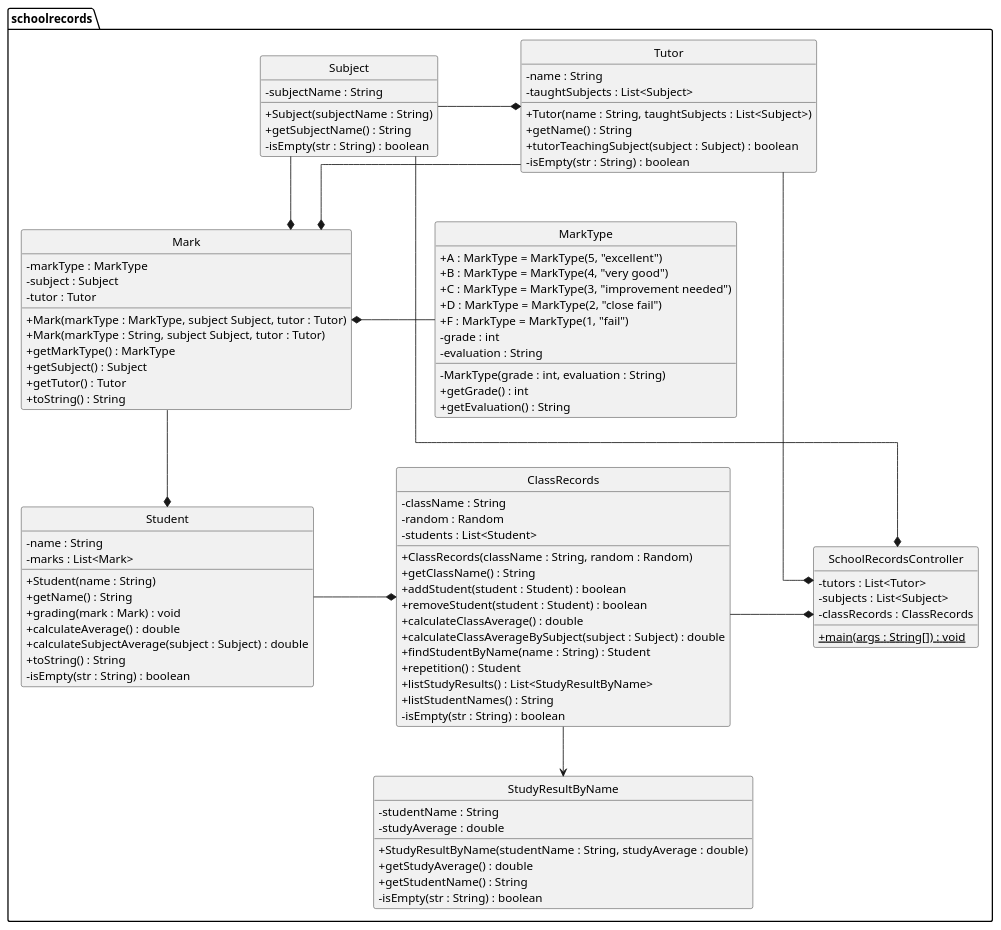
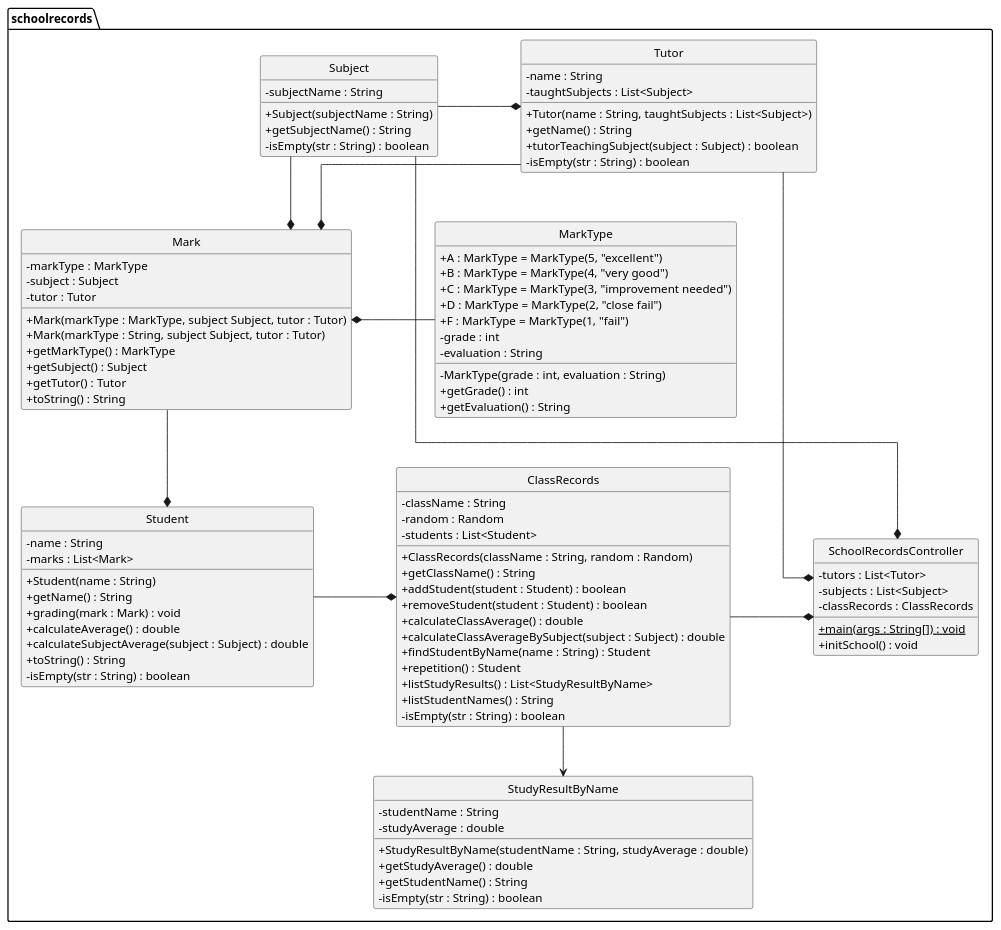
Before and after one commit to gbeatrix/java-sv2-labs: the diagram in projects/schoolrecords/schoolrecords-class-diagram.puml, drawn with PlantUML. The commit also changed 1 other file, not shown here.

Commit message:
schoolrecords project - SchoolRecordsController

```diff
--- a/projects/schoolrecords/schoolrecords-class-diagram.puml
+++ b/projects/schoolrecords/schoolrecords-class-diagram.puml
@@ -1,112 +1,113 @@
 @startuml
 'https://plantuml.com/class-diagram
 
 hide circle
 skinparam classAttributeIconSize 0
 skinparam LineType ortho
 skinparam Nodesep 100
 skinparam shadowing false
 
 package schoolrecords {
 
 class Subject {
     -subjectName : String
     +Subject(subjectName : String)
     +getSubjectName() : String
     -isEmpty(str : String) : boolean
 }
 
 class Tutor{
     -name : String
     -taughtSubjects : List<Subject>
     +Tutor(name : String, taughtSubjects : List<Subject>)
     +getName() : String
     +tutorTeachingSubject(subject : Subject) : boolean
     -isEmpty(str : String) : boolean
 }
 
 class Mark {
     -markType : MarkType
     -subject : Subject
     -tutor : Tutor
     +Mark(markType : MarkType, subject Subject, tutor : Tutor)
     +Mark(markType : String, subject Subject, tutor : Tutor)
     +getMarkType() : MarkType
     +getSubject() : Subject
     +getTutor() : Tutor
     +toString() : String
 }
 
 enum MarkType {
     {field}+A : MarkType = MarkType(5, "excellent")
     {field}+B : MarkType = MarkType(4, "very good")
     {field}+C : MarkType = MarkType(3, "improvement needed")
     {field}+D : MarkType = MarkType(2, "close fail")
     {field}+F : MarkType = MarkType(1, "fail")
     -grade : int
     -evaluation : String
     -MarkType(grade : int, evaluation : String)
     +getGrade() : int
     +getEvaluation() : String
 }
 
 class Student {
     -name : String
     -marks : List<Mark>
     +Student(name : String)
     +getName() : String
     +grading(mark : Mark) : void
     +calculateAverage() : double
     +calculateSubjectAverage(subject : Subject) : double
     +toString() : String
     -isEmpty(str : String) : boolean
 }
 
 class ClassRecords {
     -className : String
     -random : Random
     -students : List<Student>
     +ClassRecords(className : String, random : Random)
     +getClassName() : String
     +addStudent(student : Student) : boolean
     +removeStudent(student : Student) : boolean
     +calculateClassAverage() : double
     +calculateClassAverageBySubject(subject : Subject) : double
     +findStudentByName(name : String) : Student
     +repetition() : Student
     +listStudyResults() : List<StudyResultByName>
     +listStudentNames() : String
     -isEmpty(str : String) : boolean
 }
 
 class StudyResultByName {
     -studentName : String
     -studyAverage : double
     +StudyResultByName(studentName : String, studyAverage : double)
     +getStudyAverage() : double
     +getStudentName() : String
     -isEmpty(str : String) : boolean
 }
 
 class SchoolRecordsController {
     -tutors : List<Tutor>
     -subjects : List<Subject>
     -classRecords : ClassRecords
     +{static}main(args : String[]) : void
+    +initSchool() : void
 }
 
 Subject -r-* Tutor
 Subject -d-* Mark
 Tutor --* Mark
 Student -r-* ClassRecords
 Mark -d-* Student
 Mark *-r- MarkType
 ClassRecords --> StudyResultByName
 Tutor --* SchoolRecordsController
 Subject --* SchoolRecordsController
 ClassRecords -r-* SchoolRecordsController
 }
 
 'remove MarkType
 'remove StudyResultByName
 @enduml
```
